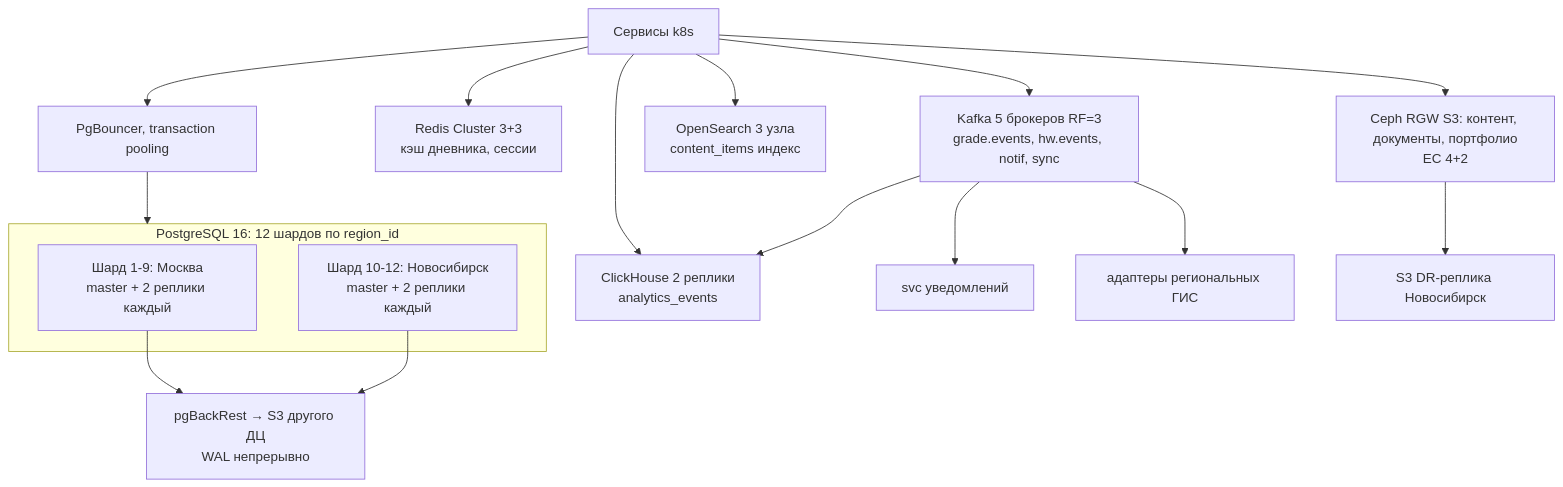
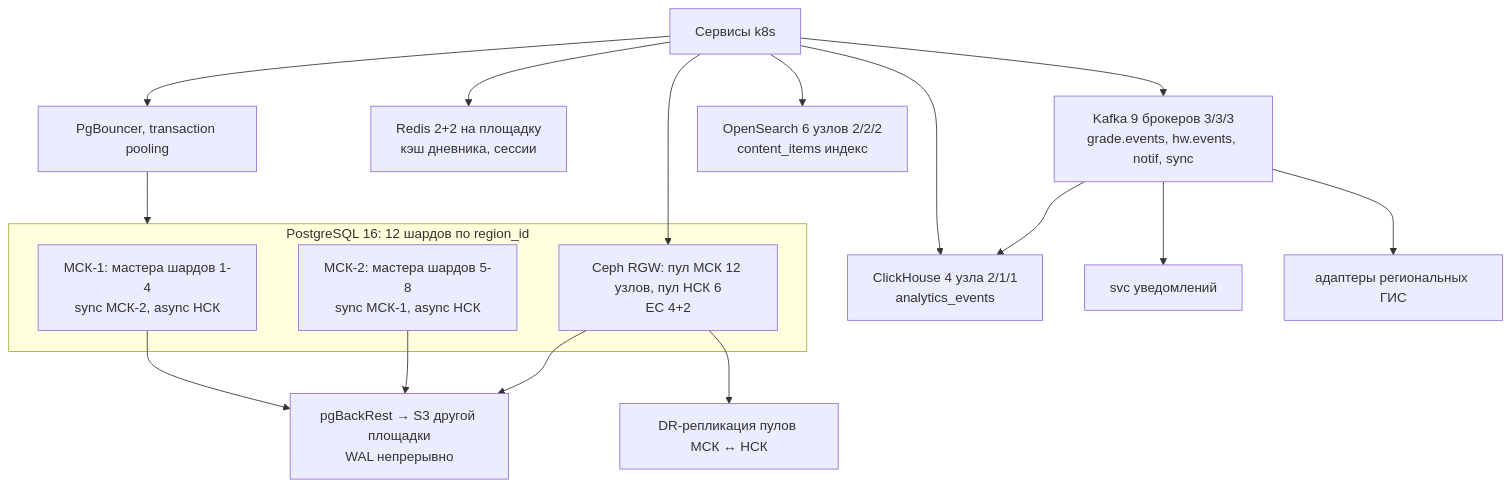
The fifth of 6 diagrams in README.md (artiomkovalev/highload_vk_course_work), drawn with Mermaid before and after one commit. The commit also changed other lines of this file, not shown here.

````diff
--- a/README.md
+++ b/README.md
@@ -632,19 +703,20 @@
 ```mermaid
 flowchart TB
     APP[Сервисы k8s] --> PB[PgBouncer, transaction pooling]
     PB --> SH
     subgraph SH [PostgreSQL 16: 12 шардов по region_id]
-        S1[Шард 1-9: Москва<br/>master + 2 реплики каждый]
-        S2[Шард 10-12: Новосибирск<br/>master + 2 реплики каждый]
+        S1[МСК-1: мастера шардов 1-4<br/>sync МСК-2, async НСК]
+        S2[МСК-2: мастера шардов 5-8<br/>sync МСК-1, async НСК]
+        S3[НСК: мастера шардов 9-12<br/>sync МСК-1, async МСК-2]
     end
-    APP --> RC[Redis Cluster 3+3<br/>кэш дневника, сессии]
-    APP --> K[Kafka 5 брокеров RF=3<br/>grade.events, hw.events, notif, sync]
-    APP --> OS[OpenSearch 3 узла<br/>content_items индекс]
-    APP --> CH[ClickHouse 2 реплики<br/>analytics_events]
-    APP --> S3[Ceph RGW S3: контент, документы, портфолио<br/>EC 4+2]
+    APP --> RC[Redis 2+2 на площадку<br/>кэш дневника, сессии]
+    APP --> K[Kafka 9 брокеров 3/3/3<br/>grade.events, hw.events, notif, sync]
+    APP --> OS[OpenSearch 6 узлов 2/2/2<br/>content_items индекс]
+    APP --> CH[ClickHouse 4 узла 2/1/1<br/>analytics_events]
+    APP --> S3[Ceph RGW: пул МСК 12 узлов, пул НСК 6<br/>EC 4+2]
     K --> CH
     K --> NOTIF[svc уведомлений]
     K --> SYNC[адаптеры региональных ГИС]
-    S3 --> OSDR[S3 DR-реплика Новосибирск]
-    S1 & S2 --> BKP[pgBackRest → S3 другого ДЦ<br/>WAL непрерывно]
+    S3 --> OSDR[DR-репликация пулов МСК ↔ НСК]
+    S1 & S2 & S3 --> BKP[pgBackRest → S3 другой площадки<br/>WAL непрерывно]
 ```
````
